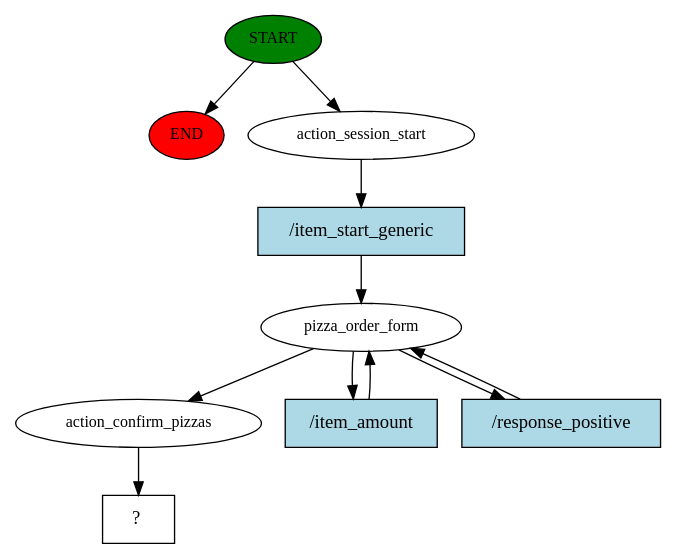
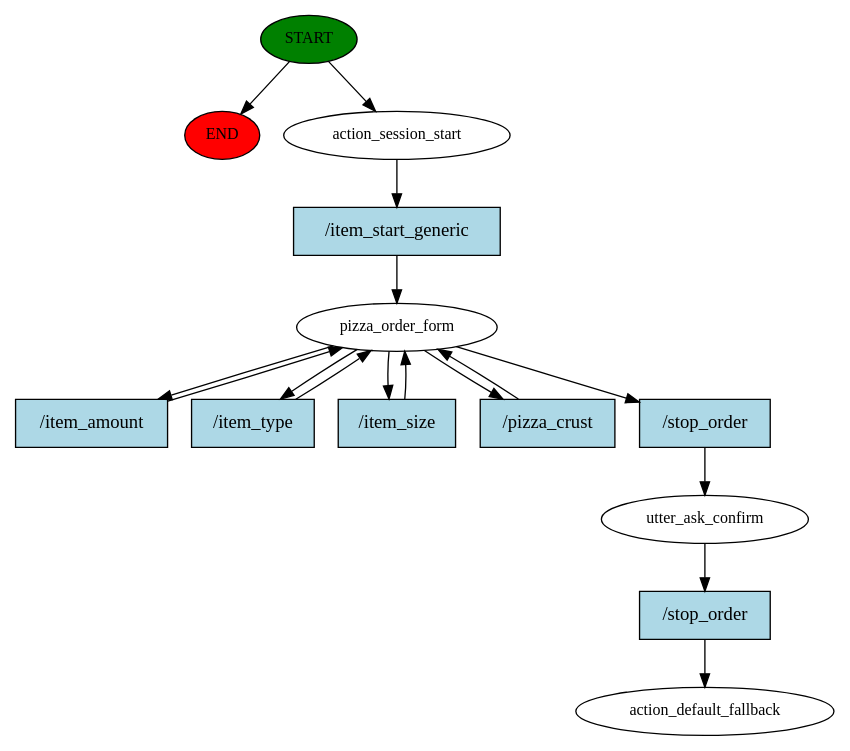
The diagram in story_graph.dot (ericsua/PizzaBot), drawn with Graphviz before and after one commit. The commit also changed 6 other files, not shown here.

```diff
--- a/story_graph.dot
+++ b/story_graph.dot
@@ -1,21 +1,31 @@
 digraph  {
 0 [class="start active", fillcolor=green, fontsize=12, label=START, style=filled];
 "-1" [class=end, fillcolor=red, fontsize=12, label=END, style=filled];
 1 [class=active, fontsize=12, label=action_session_start];
 2 [class=active, fontsize=12, label=pizza_order_form];
-5 [class=active, fontsize=12, label=action_confirm_pizzas];
-6 [class="intent dashed active", label="  ?  ", shape=rect];
-7 [class="intent active", fillcolor=lightblue, label="/item_start_generic", shape=rect, style=filled];
-8 [class="intent active", fillcolor=lightblue, label="/item_amount", shape=rect, style=filled];
-9 [class="intent active", fillcolor=lightblue, label="/response_positive", shape=rect, style=filled];
+7 [class=active, fontsize=12, label=utter_ask_confirm];
+8 [class="dashed active", fontsize=12, label=action_default_fallback];
+9 [class="intent active", fillcolor=lightblue, label="/item_start_generic", shape=rect, style=filled];
+10 [class="intent active", fillcolor=lightblue, label="/item_amount", shape=rect, style=filled];
+11 [class="intent active", fillcolor=lightblue, label="/item_type", shape=rect, style=filled];
+12 [class="intent active", fillcolor=lightblue, label="/item_size", shape=rect, style=filled];
+13 [class="intent active", fillcolor=lightblue, label="/pizza_crust", shape=rect, style=filled];
+14 [class="intent active", fillcolor=lightblue, label="/stop_order", shape=rect, style=filled];
+15 [class="intent active", fillcolor=lightblue, label="/stop_order", shape=rect, style=filled];
 0 -> "-1"  [class="", key=NONE, label=""];
 0 -> 1  [class=active, key=NONE, label=""];
-1 -> 7  [class=active, key=0];
-2 -> 5  [class=active, key=NONE, label=""];
-2 -> 8  [class=active, key=0];
-2 -> 9  [class=active, key=0];
-5 -> 6  [class=active, key=NONE, label=""];
-7 -> 2  [class=active, key=0];
-8 -> 2  [class=active, key=0];
+1 -> 9  [class=active, key=0];
+2 -> 10  [class=active, key=0];
+2 -> 11  [class=active, key=0];
+2 -> 12  [class=active, key=0];
+2 -> 13  [class=active, key=0];
+2 -> 14  [class=active, key=0];
+7 -> 15  [class=active, key=0];
 9 -> 2  [class=active, key=0];
+10 -> 2  [class=active, key=0];
+11 -> 2  [class=active, key=0];
+12 -> 2  [class=active, key=0];
+13 -> 2  [class=active, key=0];
+14 -> 7  [class=active, key=0];
+15 -> 8  [class=active, key=0];
 }
```
